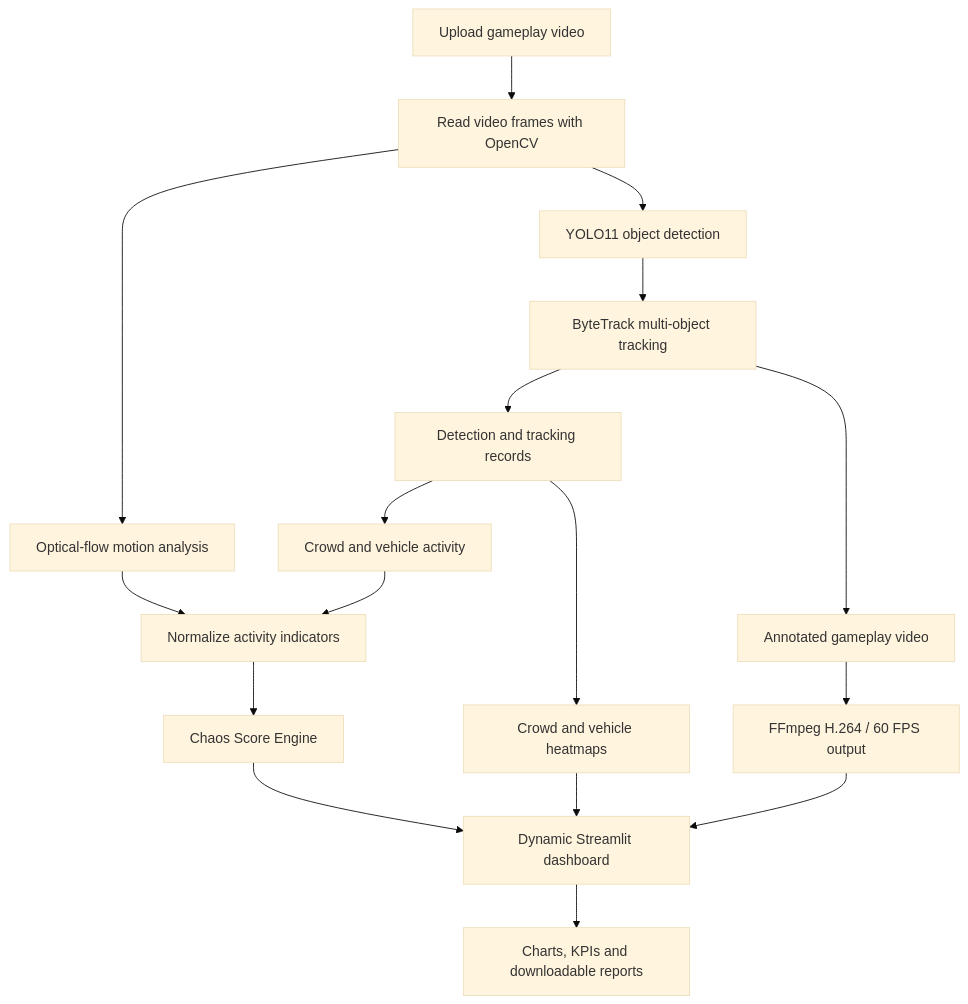
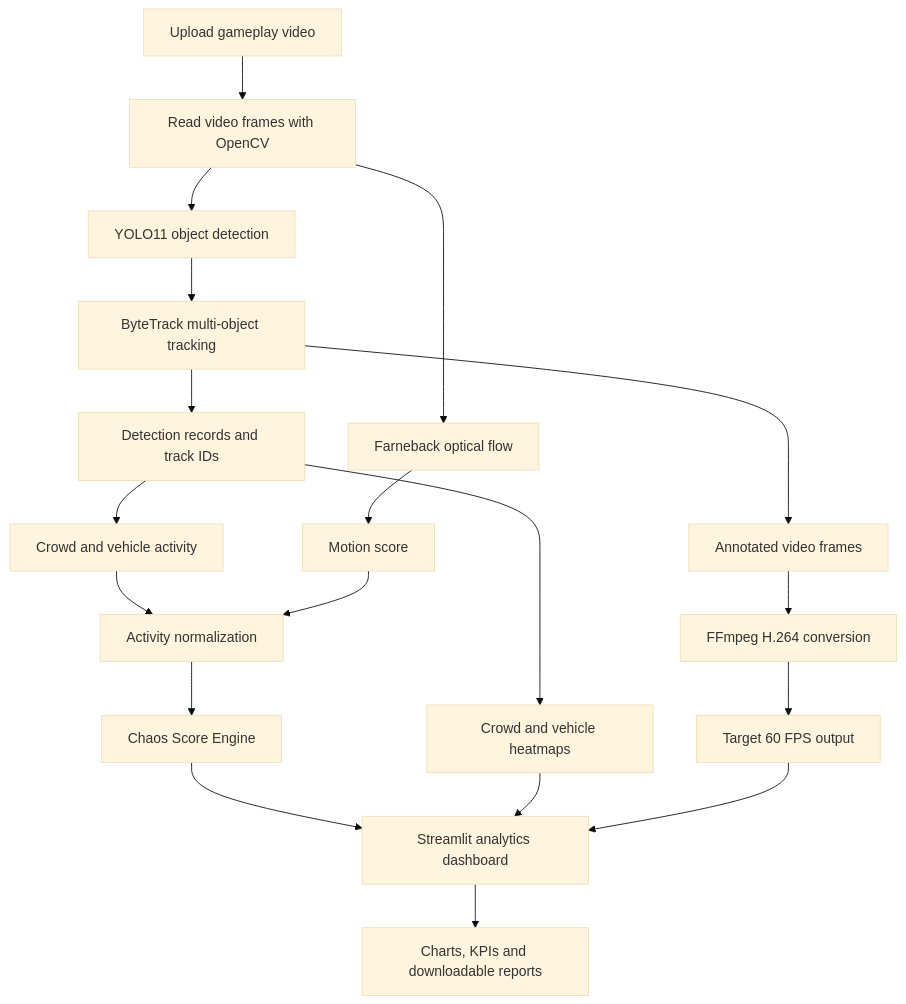
Before and after one commit to srabon-d-costa/GTA6-Chaos-Intelligent: the diagram in README.md, drawn with Mermaid (base theme). The commit also changed other lines of this file and 4 other files, not shown here.

````diff
--- a/README.md
+++ b/README.md
@@ -107,19 +221,21 @@
 ``` mermaid
 flowchart TD
     A[Upload gameplay video] --> B[Read video frames with OpenCV]
     B --> C[YOLO11 object detection]
     C --> D[ByteTrack multi-object tracking]
-    D --> E[Detection and tracking records]
-    B --> F[Optical-flow motion analysis]
+    D --> E[Detection records and track IDs]
+    B --> F[Farneback optical flow]
     E --> G[Crowd and vehicle activity]
-    F --> H[Normalize activity indicators]
-    G --> H
-    H --> I[Chaos Score Engine]
-    E --> J[Crowd and vehicle heatmaps]
-    D --> K[Annotated gameplay video]
-    K --> L[FFmpeg H.264 / 60 FPS output]
-    I --> M[Dynamic Streamlit dashboard]
-    J --> M
-    L --> M
-    M --> N[Charts, KPIs and downloadable reports]
+    F --> H[Motion score]
+    G --> I[Activity normalization]
+    H --> I
+    I --> J[Chaos Score Engine]
+    E --> K[Crowd and vehicle heatmaps]
+    D --> L[Annotated video frames]
+    L --> M[FFmpeg H.264 conversion]
+    M --> N[Target 60 FPS output]
+    J --> O[Streamlit analytics dashboard]
+    K --> O
+    N --> O
+    O --> P[Charts, KPIs and downloadable reports]
 ```
````
